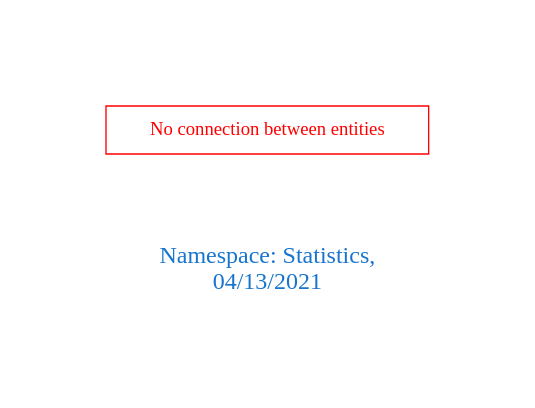
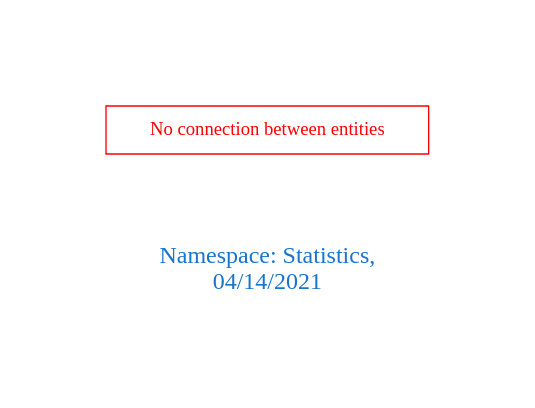
Before and after one commit to arago/OGIT: the diagram in downloads/Statistics.dot, drawn with Graphviz. The commit also changed 1849 other files, not shown here.

```diff
--- a/downloads/Statistics.dot
+++ b/downloads/Statistics.dot
@@ -1,9 +1,9 @@
 digraph OGIT_ontology {
  graph [ rankdir= LR,pad=1 
 fontsize = 18,
-fontcolor= dodgerblue3,label = "\n\n\nNamespace: Statistics, \n 04/13/2021"];
+fontcolor= dodgerblue3,label = "\n\n\nNamespace: Statistics, \n 04/14/2021"];
 node[shape=polygon];
 edge [  color="gray81"];
 
 "No connection between entities" [fontcolor = "red",color="red", shape="polygon"]
 }
```
